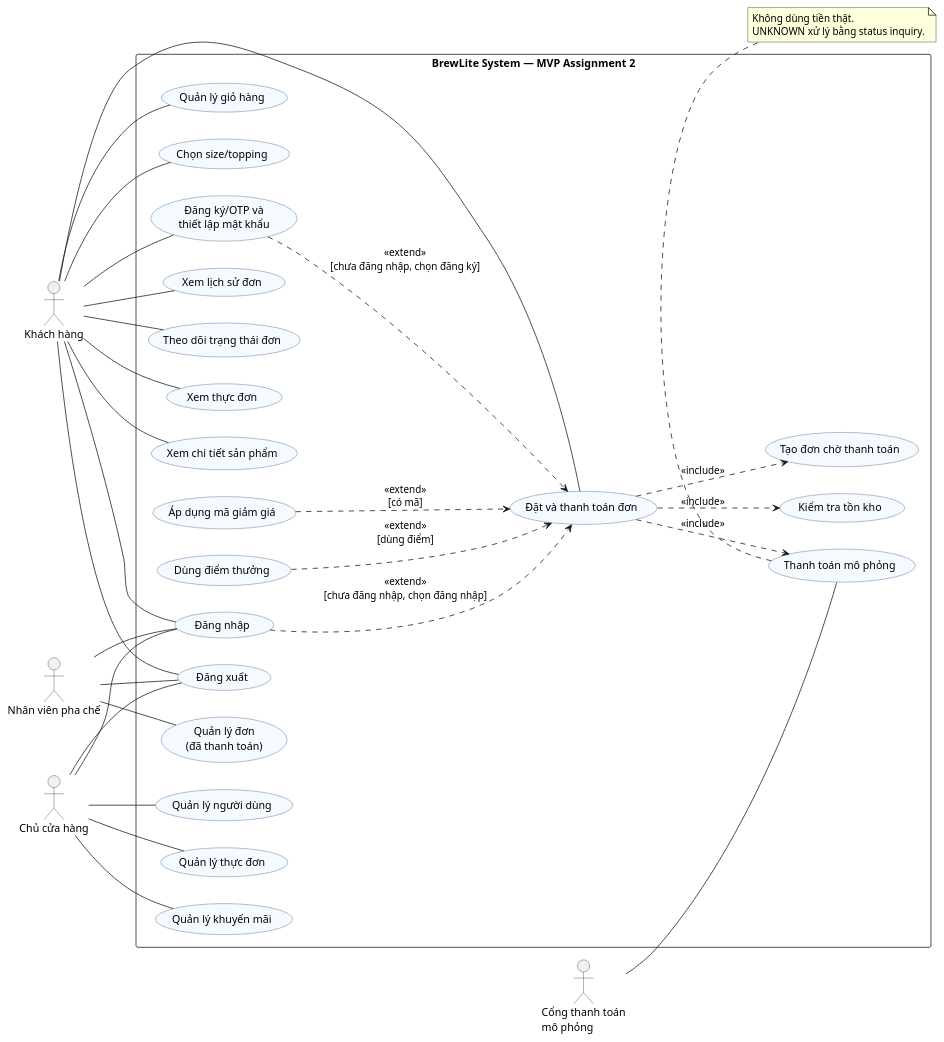
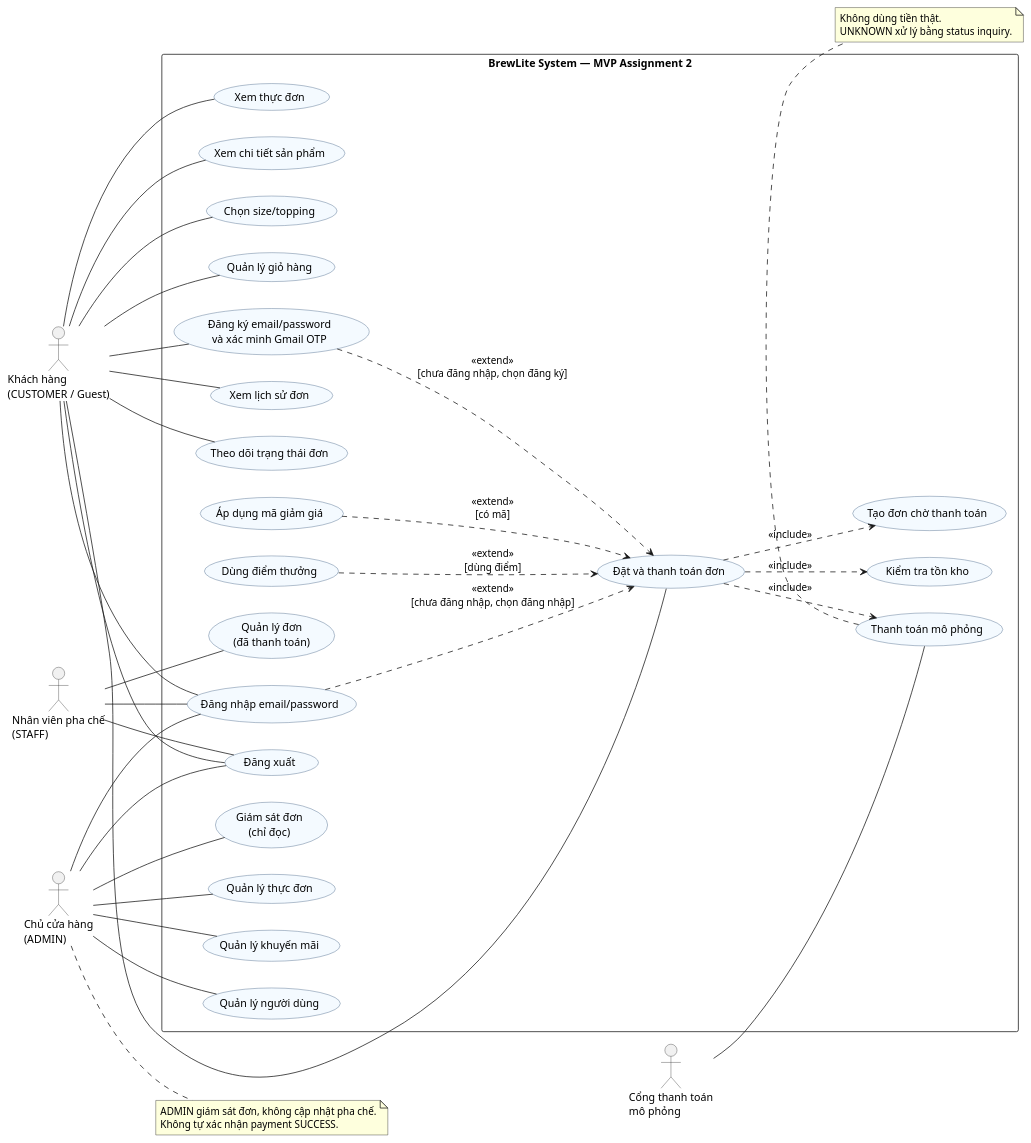
The diagram in docs/diagrams/usecase-overview.puml (Giau-svg/brewlite-monorepo), drawn with PlantUML before and after one commit. The commit also changed 120 other files, not shown here.

```diff
--- a/docs/diagrams/usecase-overview.puml
+++ b/docs/diagrams/usecase-overview.puml
@@ -1,69 +1,76 @@
 @startuml
+' P0 2026-11-07: source labels updated; exported SVG/VP Class/Activity not regenerated.
 left to right direction
 skinparam defaultFontName Arial
 skinparam packageStyle rectangle
 skinparam shadowing false
 skinparam usecaseBackgroundColor #F4FAFF
 skinparam usecaseBorderColor #35567C
 skinparam actorBorderColor #333333
 
-actor "Khách hàng" as C
-actor "Nhân viên pha chế" as S
-actor "Chủ cửa hàng" as O
+actor "Khách hàng\n(CUSTOMER / Guest)" as C
+actor "Nhân viên pha chế\n(STAFF)" as S
+actor "Chủ cửa hàng\n(ADMIN)" as O
 actor "Cổng thanh toán\nmô phỏng" as P
 
 rectangle "BrewLite System — MVP Assignment 2" {
   usecase "Xem thực đơn" as UC01
   usecase "Xem chi tiết sản phẩm" as UC02
   usecase "Chọn size/topping" as UC03
   usecase "Quản lý giỏ hàng" as UC04
-  usecase "Đăng ký/OTP và\nthiết lập mật khẩu" as UC05
-  usecase "Đăng nhập" as UC06
+  usecase "Đăng ký email/password\nvà xác minh Gmail OTP" as UC05
+  usecase "Đăng nhập email/password" as UC06
   usecase "Đăng xuất" as UC07
   usecase "Đặt và thanh toán đơn" as UC08
   usecase "Kiểm tra tồn kho" as UC09
   usecase "Tạo đơn chờ thanh toán" as UC10
   usecase "Thanh toán mô phỏng" as UC11
   usecase "Áp dụng mã giảm giá" as UC12
   usecase "Dùng điểm thưởng" as UC13
   usecase "Xem lịch sử đơn" as UC14
   usecase "Theo dõi trạng thái đơn" as UC15
   usecase "Quản lý đơn\n(đã thanh toán)" as UC16
   usecase "Quản lý thực đơn" as UC17
   usecase "Quản lý khuyến mãi" as UC18
   usecase "Quản lý người dùng" as UC19
+  usecase "Giám sát đơn\n(chỉ đọc)" as UC20
 }
 
 C -- UC01
 C -- UC02
 C -- UC03
 C -- UC04
 C -- UC05
 C -- UC06
 C -- UC07
 C -- UC08
 C -- UC14
 C -- UC15
 S -- UC06
 S -- UC07
 S -- UC16
 O -- UC06
 O -- UC07
 O -- UC17
 O -- UC18
 O -- UC19
+O -- UC20
+note right of O
+  ADMIN giám sát đơn, không cập nhật pha chế.
+  Không tự xác nhận payment SUCCESS.
+end note
 P -- UC11
 
 UC08 ..> UC09 : <<include>>
 UC08 ..> UC10 : <<include>>
 UC08 ..> UC11 : <<include>>
 UC12 ..> UC08 : <<extend>>\n[có mã]
 UC13 ..> UC08 : <<extend>>\n[dùng điểm]
 UC05 ..> UC08 : <<extend>>\n[chưa đăng nhập, chọn đăng ký]
 UC06 ..> UC08 : <<extend>>\n[chưa đăng nhập, chọn đăng nhập]
 
 note bottom of UC11
   Không dùng tiền thật.
   UNKNOWN xử lý bằng status inquiry.
 end note
 @enduml
```
